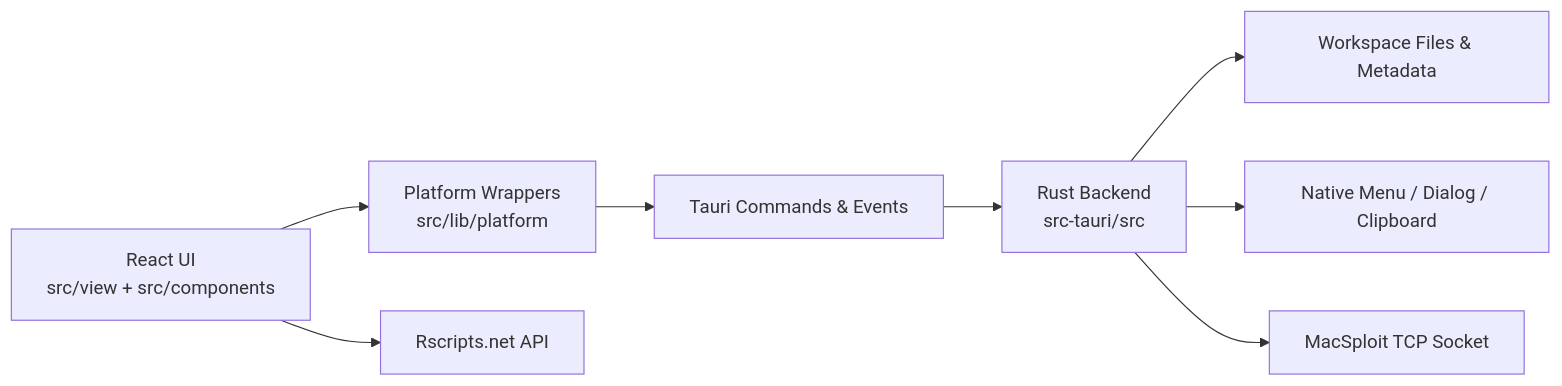
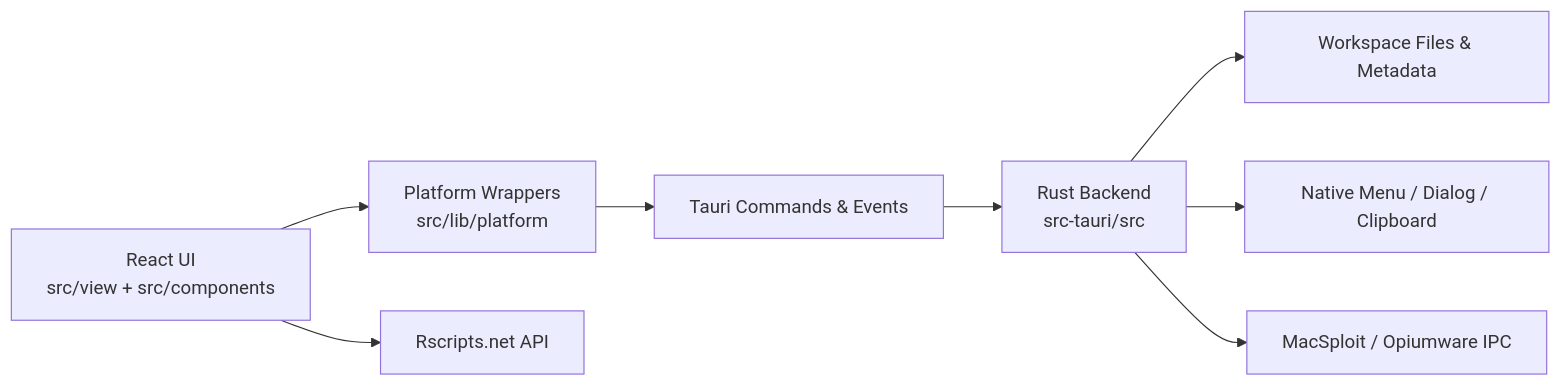
Before and after one commit to FrozenProductions/Fumi: the diagram in README.md, drawn with Mermaid. The commit also changed other lines of this file and 1 other file, not shown here.

Commit message:
[📝] Update executor copy for MacSploit and Opiumware

````diff
--- a/README.md
+++ b/README.md
@@ -66,10 +66,10 @@
 ```mermaid
 flowchart LR
     UI["React UI<br/>src/view + src/components"] --> Platform["Platform Wrappers<br/>src/lib/platform"]
     UI --> Library["Rscripts.net API"]
     Platform --> Tauri["Tauri Commands & Events"]
     Tauri --> Backend["Rust Backend<br/>src-tauri/src"]
     Backend --> Files["Workspace Files & Metadata"]
     Backend --> Native["Native Menu / Dialog / Clipboard"]
-    Backend --> Socket["MacSploit TCP Socket"]
+    Backend --> Socket["MacSploit / Opiumware IPC"]
 ```
````
